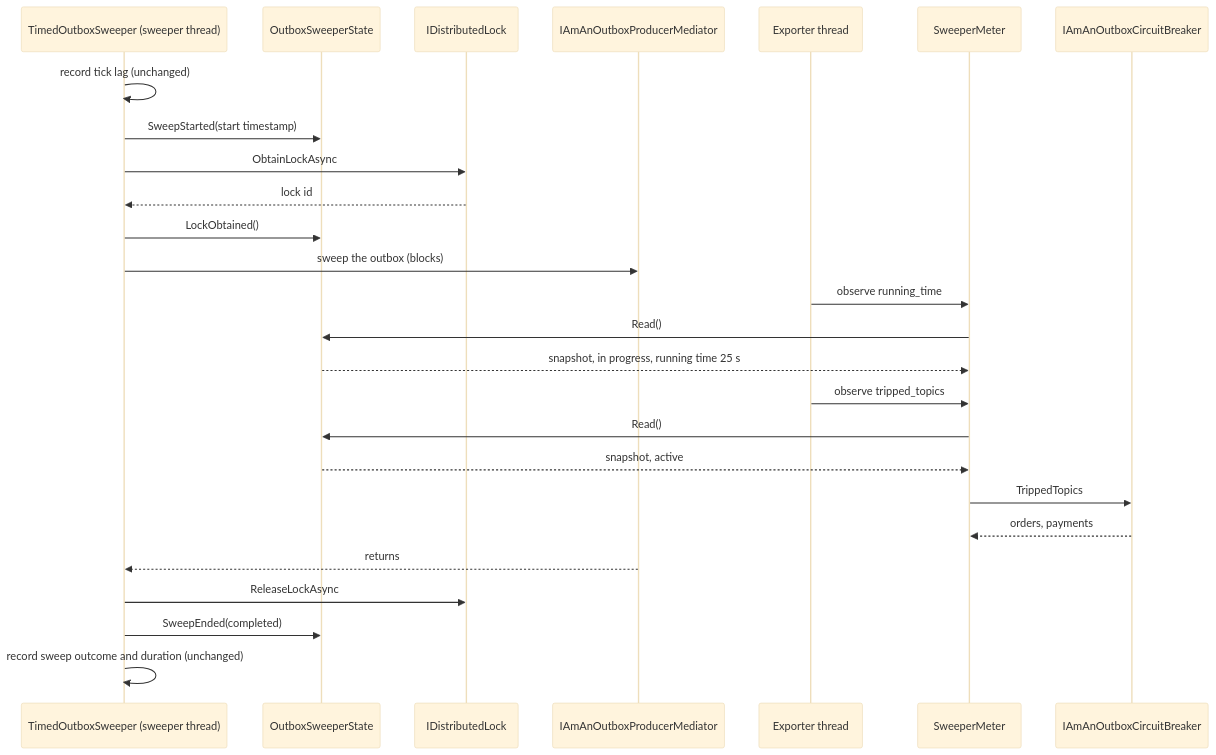
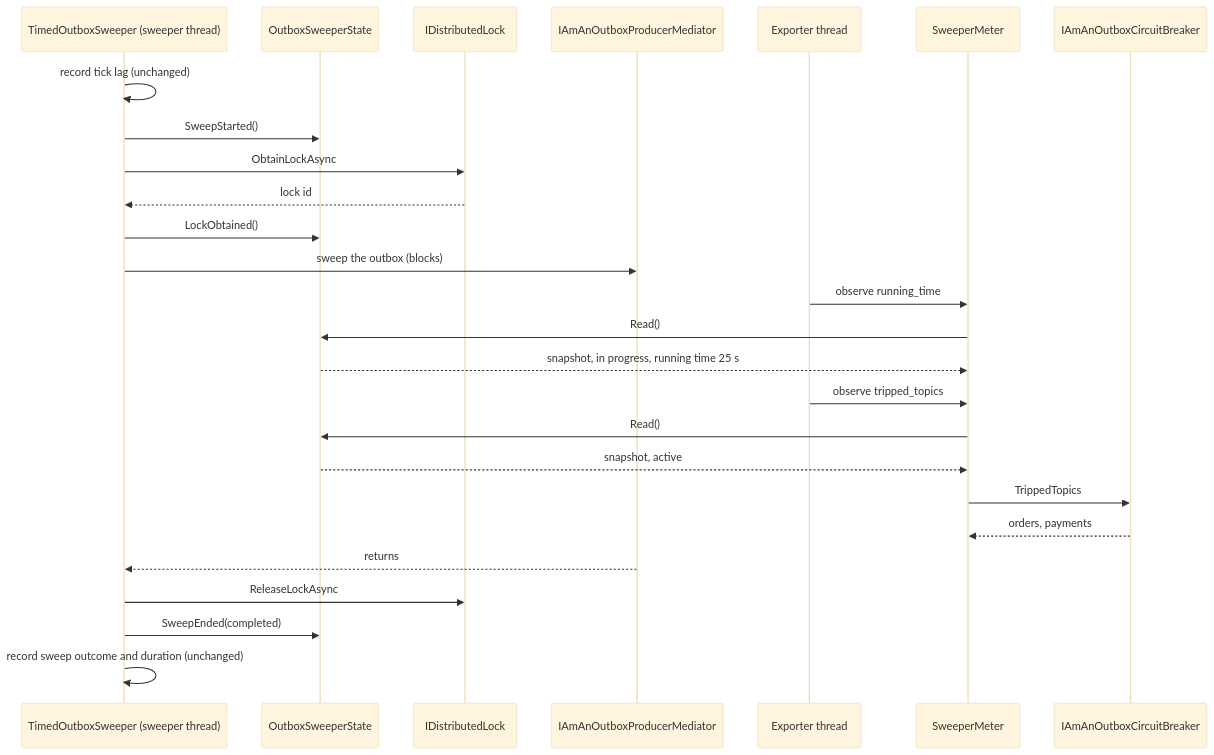
Before and after one commit to BrighterCommand/Brighter: the first of 2 diagrams in docs/adr/0085-track-outbox-sweeper-state-and-publish-gauges.md, drawn with Mermaid (base theme). The commit also changed other lines of this file and 4 other files, not shown here.

````diff
--- a/docs/adr/0085-track-outbox-sweeper-state-and-publish-gauges.md
+++ b/docs/adr/0085-track-outbox-sweeper-state-and-publish-gauges.md
@@ -115,29 +115,29 @@
 ```mermaid
 sequenceDiagram
     participant Sweeper as TimedOutboxSweeper (sweeper thread)
     participant Record as OutboxSweeperState
     participant Lock as IDistributedLock
     participant Mediator as IAmAnOutboxProducerMediator
     participant Exporter as Exporter thread
     participant Meter as SweeperMeter
     participant Breaker as IAmAnOutboxCircuitBreaker
 
     Sweeper->>Sweeper: record tick lag (unchanged)
-    Sweeper->>Record: SweepStarted(start timestamp)
+    Sweeper->>Record: SweepStarted()
     Sweeper->>Lock: ObtainLockAsync
     Lock-->>Sweeper: lock id
     Sweeper->>Record: LockObtained()
     Sweeper->>Mediator: sweep the outbox (blocks)
     Exporter->>Meter: observe running_time
     Meter->>Record: Read()
     Record-->>Meter: snapshot, in progress, running time 25 s
     Exporter->>Meter: observe tripped_topics
     Meter->>Record: Read()
     Record-->>Meter: snapshot, active
     Meter->>Breaker: TrippedTopics
     Breaker-->>Meter: orders, payments
     Mediator-->>Sweeper: returns
     Sweeper->>Lock: ReleaseLockAsync
     Sweeper->>Record: SweepEnded(completed)
     Sweeper->>Sweeper: record sweep outcome and duration (unchanged)
 ```
````
